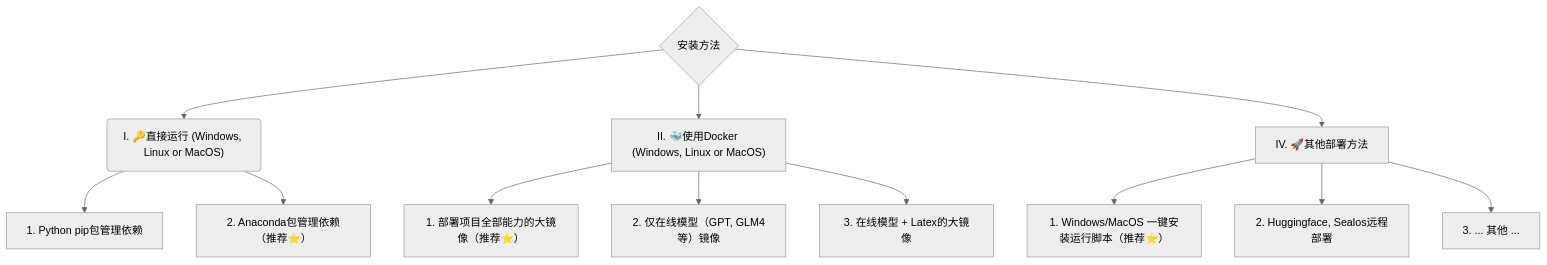
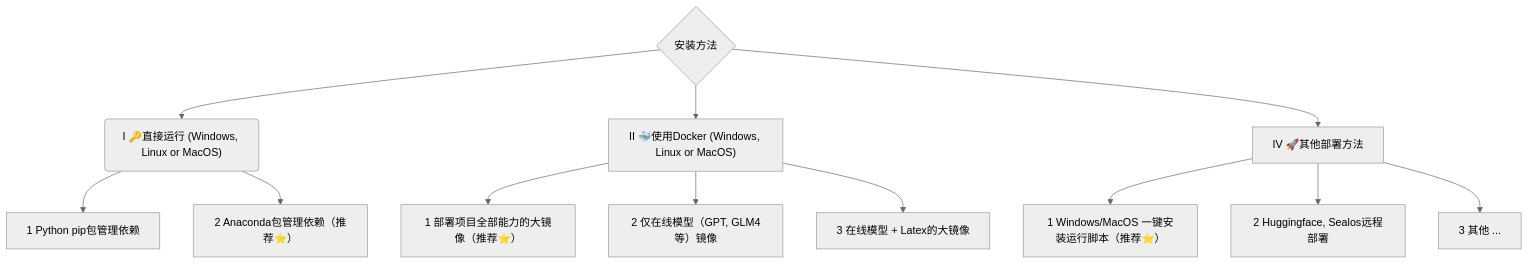
Before and after one commit to YJ-He/gpt_academic: the first of 2 diagrams in README.md, drawn with Mermaid (neutral theme). The commit also changed other lines of this file and 7 other files, not shown here.

````diff
--- a/README.md
+++ b/README.md
@@ -129,17 +134,17 @@
 ```mermaid
 flowchart TD
-    A{"安装方法"} --> W1("I. 🔑直接运行 (Windows, Linux or MacOS)")
-    W1 --> W11["1. Python pip包管理依赖"]
-    W1 --> W12["2. Anaconda包管理依赖（推荐⭐）"]
+    A{"安装方法"} --> W1("I 🔑直接运行 (Windows, Linux or MacOS)")
+    W1 --> W11["1 Python pip包管理依赖"]
+    W1 --> W12["2 Anaconda包管理依赖（推荐⭐）"]
 
-    A --> W2["II. 🐳使用Docker (Windows, Linux or MacOS)"]
+    A --> W2["II 🐳使用Docker (Windows, Linux or MacOS)"]
 
-    W2 --> k1["1. 部署项目全部能力的大镜像（推荐⭐）"]
-    W2 --> k2["2. 仅在线模型（GPT, GLM4等）镜像"]
-    W2 --> k3["3. 在线模型 + Latex的大镜像"]
+    W2 --> k1["1 部署项目全部能力的大镜像（推荐⭐）"]
+    W2 --> k2["2 仅在线模型（GPT, GLM4等）镜像"]
+    W2 --> k3["3 在线模型 + Latex的大镜像"]
 
-    A --> W4["IV. 🚀其他部署方法"]
-    W4 --> C1["1. Windows/MacOS 一键安装运行脚本（推荐⭐）"]
-    W4 --> C2["2. Huggingface, Sealos远程部署"]
-    W4 --> C4["3. ... 其他 ..."]
+    A --> W4["IV 🚀其他部署方法"]
+    W4 --> C1["1 Windows/MacOS 一键安装运行脚本（推荐⭐）"]
+    W4 --> C2["2 Huggingface, Sealos远程部署"]
+    W4 --> C4["3 其他 ..."]
 ```
````
